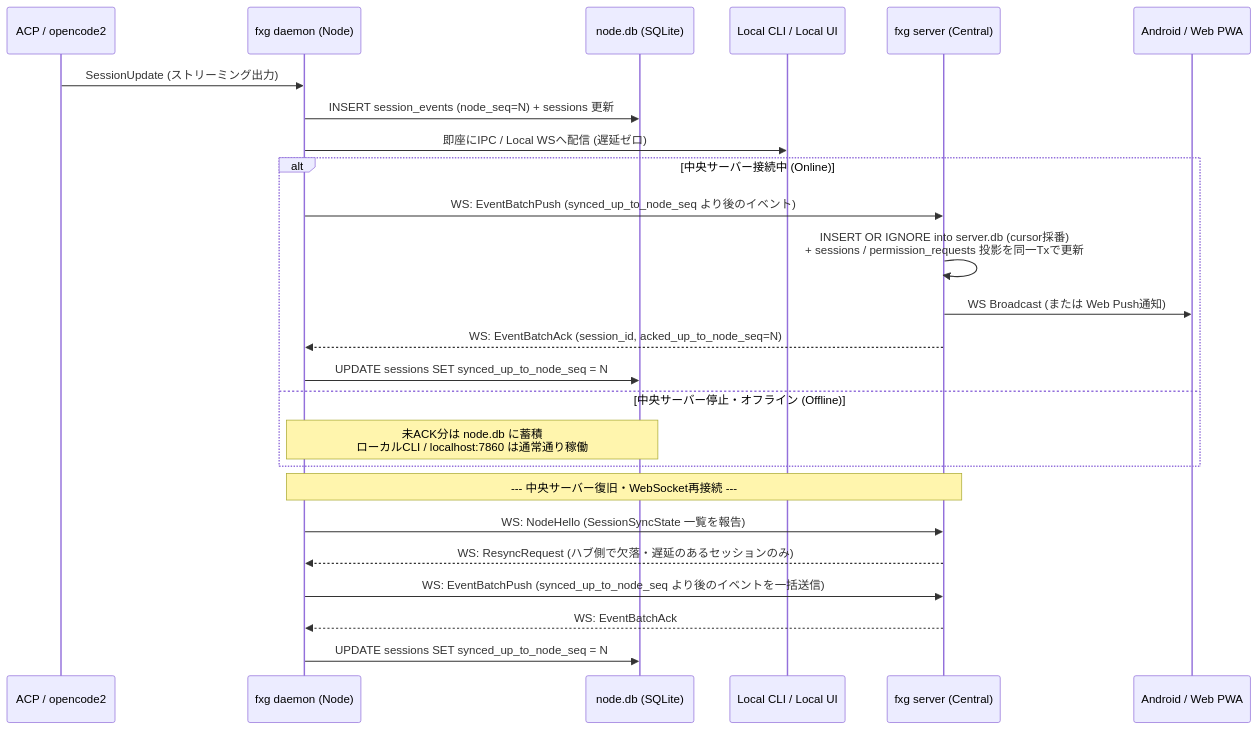
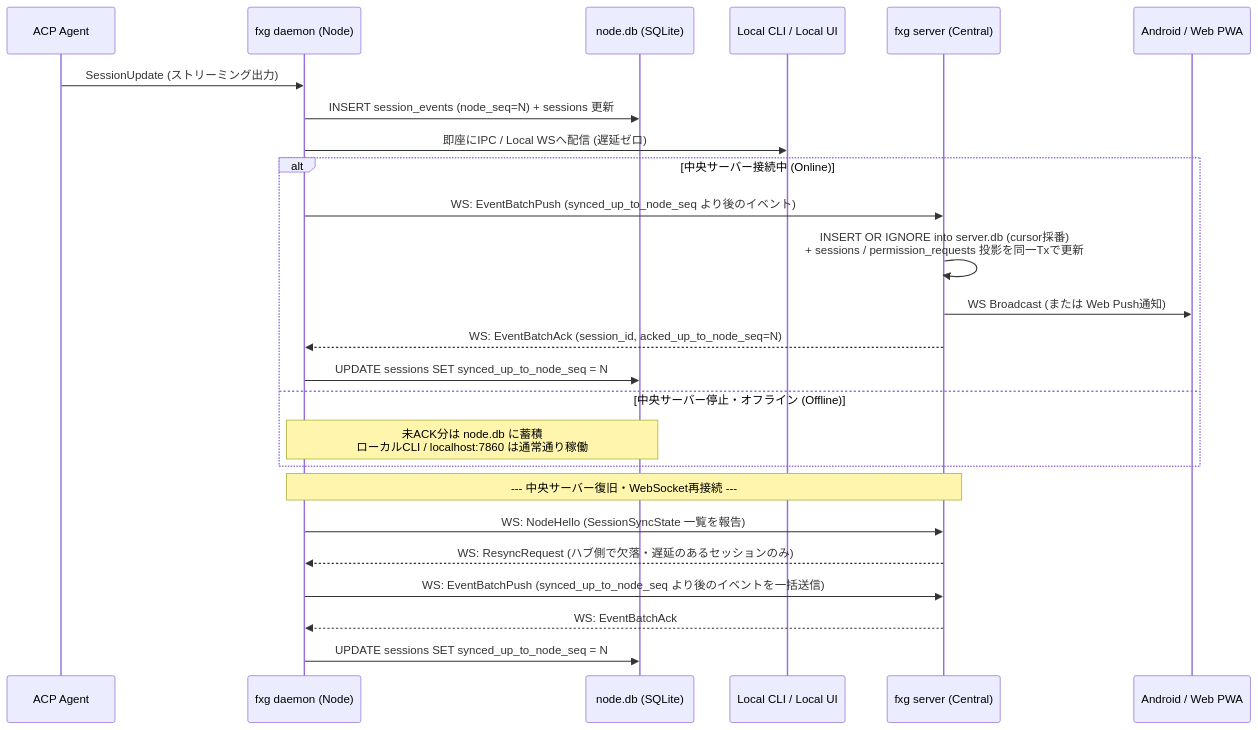
The second of 3 diagrams in docs/01-architecture-and-sync.md (nazo6/flexagent), drawn with Mermaid before and after one commit. The commit also changed other lines of this file and 5 other files, not shown here.

````diff
--- a/docs/01-architecture-and-sync.md
+++ b/docs/01-architecture-and-sync.md
@@ -121,30 +120,30 @@
 ```mermaid
 sequenceDiagram
-    participant Agent as ACP / opencode2
+    participant Agent as ACP Agent
     participant Daemon as fxg daemon (Node)
     participant NodeDB as node.db (SQLite)
     participant LocalClient as Local CLI / Local UI
     participant Server as fxg server (Central)
     participant RemotePWA as Android / Web PWA
 
     Agent->>Daemon: SessionUpdate (ストリーミング出力)
     Daemon->>NodeDB: INSERT session_events (node_seq=N) + sessions 更新
     Daemon->>LocalClient: 即座にIPC / Local WSへ配信 (遅延ゼロ)
 
     alt 中央サーバー接続中 (Online)
         Daemon->>Server: WS: EventBatchPush (synced_up_to_node_seq より後のイベント)
         Server->>Server: INSERT OR IGNORE into server.db (cursor採番)<br/>+ sessions / permission_requests 投影を同一Txで更新
         Server->>RemotePWA: WS Broadcast (または Web Push通知)
         Server-->>Daemon: WS: EventBatchAck (session_id, acked_up_to_node_seq=N)
         Daemon->>NodeDB: UPDATE sessions SET synced_up_to_node_seq = N
     else 中央サーバー停止・オフライン (Offline)
         Note over Daemon,NodeDB: 未ACK分は node.db に蓄積<br/>ローカルCLI / localhost:7860 は通常通り稼働
     end
 
     Note over Daemon,Server: --- 中央サーバー復旧・WebSocket再接続 ---
     Daemon->>Server: WS: NodeHello (SessionSyncState 一覧を報告)
     Server-->>Daemon: WS: ResyncRequest (ハブ側で欠落・遅延のあるセッションのみ)
     Daemon->>Server: WS: EventBatchPush (synced_up_to_node_seq より後のイベントを一括送信)
     Server-->>Daemon: WS: EventBatchAck
     Daemon->>NodeDB: UPDATE sessions SET synced_up_to_node_seq = N
 ```
````
